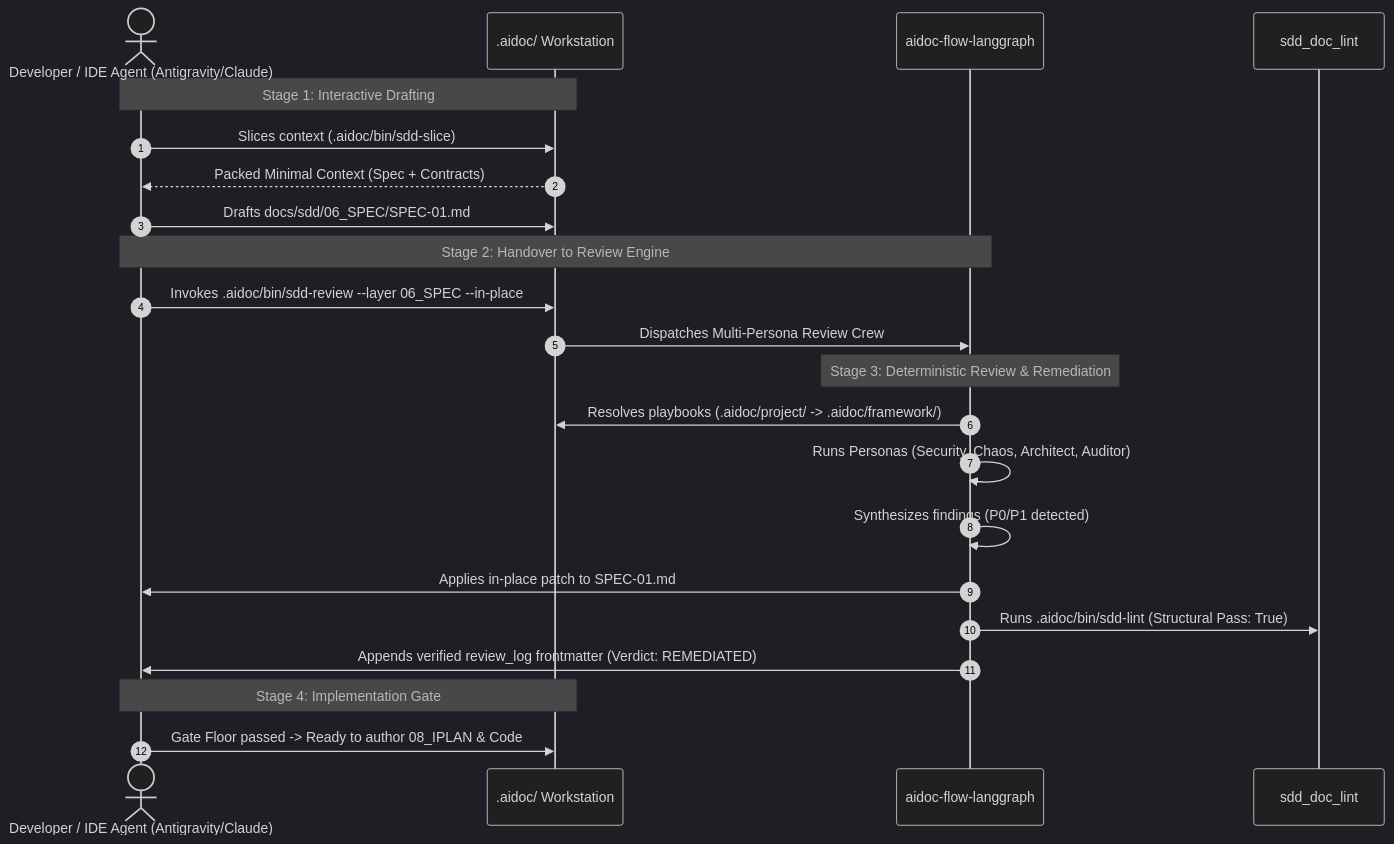
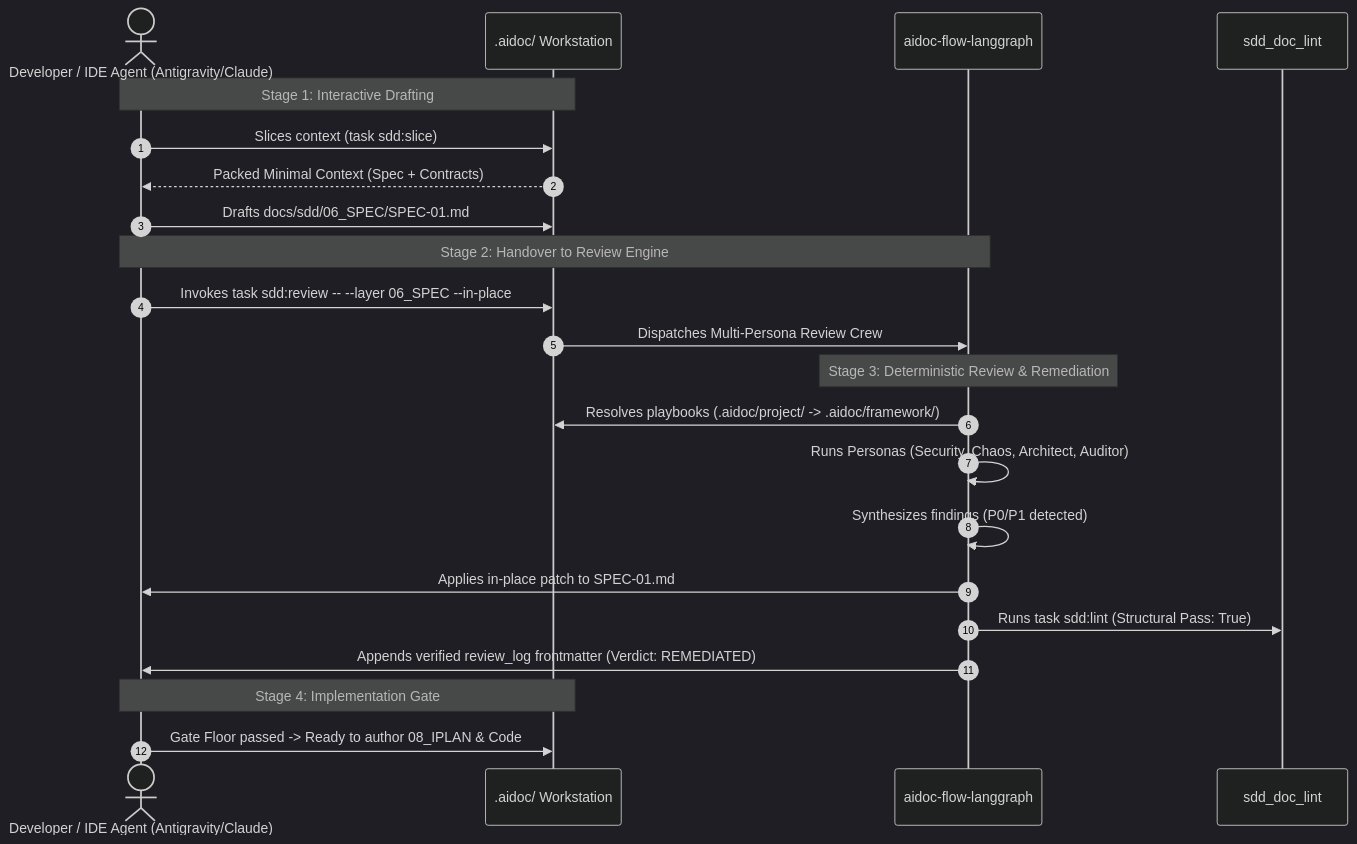
The fourth of 4 diagrams in docs/AIDOC_WORKSTATION_STANDARD.md (vladm3105/aidoc-flow-framework), drawn with Mermaid (dark theme) before and after one commit. The commit also changed other lines of this file and 3 other files, not shown here.

First line of the commit message:
docs: operationalize .aidoc/ Workstation Standard and Dual-Control Flow (CHG-106) (#985)

````diff
--- a/docs/AIDOC_WORKSTATION_STANDARD.md
+++ b/docs/AIDOC_WORKSTATION_STANDARD.md
@@ -159,28 +215,28 @@
 ```mermaid
 sequenceDiagram
     autonumber
     actor Dev as Developer / IDE Agent (Antigravity/Claude)
     participant Workstation as .aidoc/ Workstation
     participant LangGraph as aidoc-flow-langgraph
     participant Linter as sdd_doc_lint
 
     Note over Dev,Workstation: Stage 1: Interactive Drafting
-    Dev->>Workstation: Slices context (.aidoc/bin/sdd-slice)
+    Dev->>Workstation: Slices context (task sdd:slice)
     Workstation-->>Dev: Packed Minimal Context (Spec + Contracts)
     Dev->>Workstation: Drafts docs/sdd/06_SPEC/SPEC-01.md
 
     Note over Dev,LangGraph: Stage 2: Handover to Review Engine
-    Dev->>Workstation: Invokes .aidoc/bin/sdd-review --layer 06_SPEC --in-place
+    Dev->>Workstation: Invokes task sdd:review -- --layer 06_SPEC --in-place
     Workstation->>LangGraph: Dispatches Multi-Persona Review Crew
 
     Note over LangGraph: Stage 3: Deterministic Review & Remediation
     LangGraph->>Workstation: Resolves playbooks (.aidoc/project/ -> .aidoc/framework/)
     LangGraph->>LangGraph: Runs Personas (Security, Chaos, Architect, Auditor)
     LangGraph->>LangGraph: Synthesizes findings (P0/P1 detected)
     LangGraph->>Dev: Applies in-place patch to SPEC-01.md
-    LangGraph->>Linter: Runs .aidoc/bin/sdd-lint (Structural Pass: True)
+    LangGraph->>Linter: Runs task sdd:lint (Structural Pass: True)
     LangGraph->>Dev: Appends verified review_log frontmatter (Verdict: REMEDIATED)
 
     Note over Dev,Workstation: Stage 4: Implementation Gate
     Dev->>Workstation: Gate Floor passed -> Ready to author 08_IPLAN & Code
 ```
````
